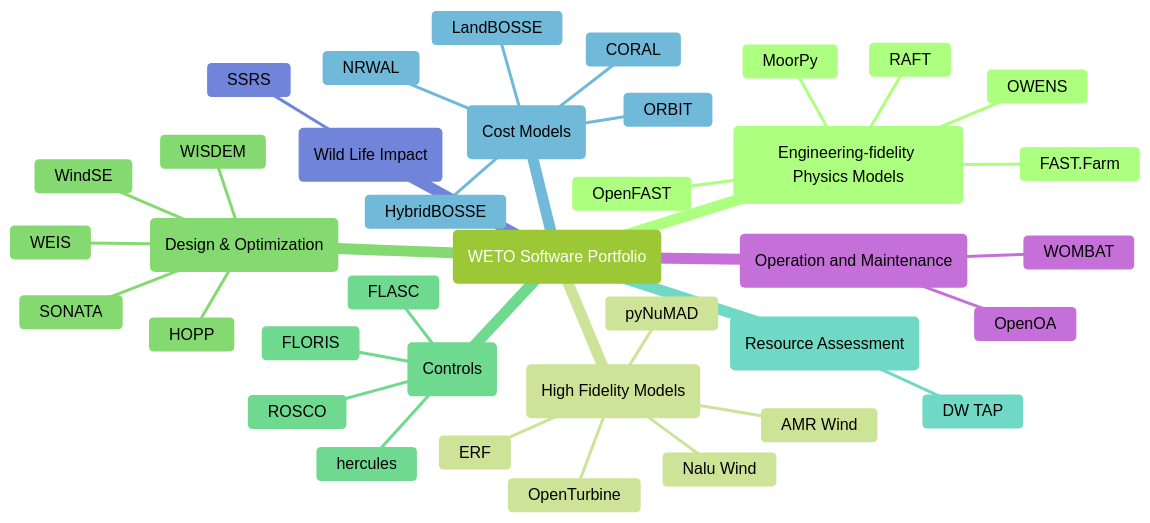
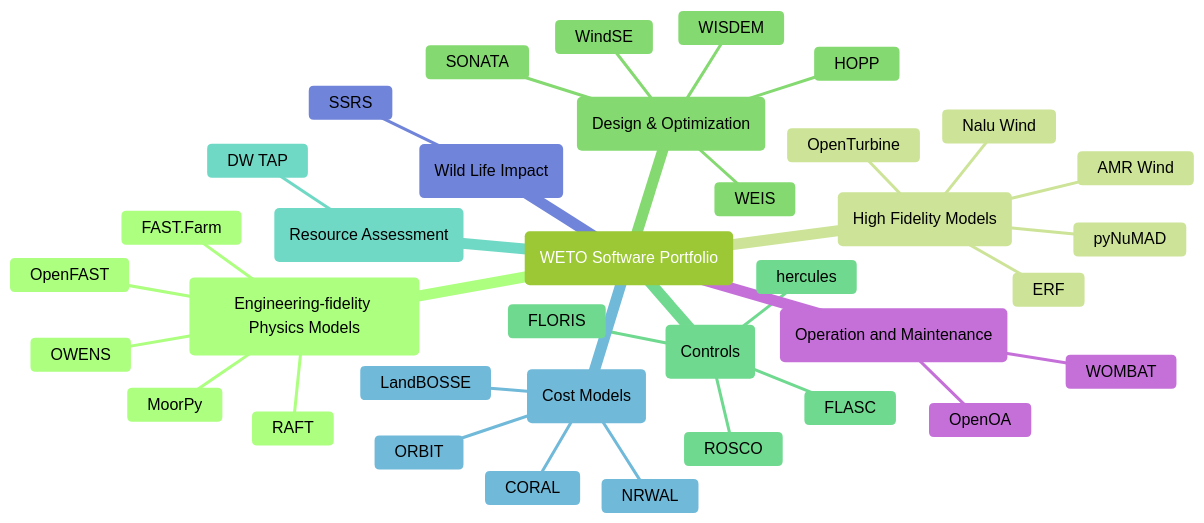
One commit to NREL/WETOStack changed the diagram in docs/portfolio_analysis/software_list.md. Above: the diagram before and after it, drawn with Mermaid. The commit also changed other lines of this file and 6 other files, not shown here.

Commit message:
Remove HybridBOSSE from active list

````diff
--- a/docs/portfolio_analysis/software_list.md
+++ b/docs/portfolio_analysis/software_list.md
@@ -5,49 +5,48 @@
 ```{mermaid}
 %%{init: { 'logLevel': 'debug', 'theme': 'forest' } }%%
 
 mindmap
     root("WETO Software Portfolio")
         ps(Engineering-fidelity Physics Models)
             OpenFAST
             FAST.Farm
             MoorPy
             RAFT
             OWENS
 
         hfm(High Fidelity Models)
             AMR Wind
             Nalu Wind
             OpenTurbine
             ERF
             pyNuMAD
 
         do(Design & Optimization)
             WEIS
             WISDEM
             WindSE
             HOPP
             SONATA
 
         ctrl(Controls)
             ROSCO
             FLORIS
             FLASC
             hercules
 
         ra(Resource Assessment)
             DW TAP
 
         cost(Cost Models)
             LandBOSSE
-            HybridBOSSE
             ORBIT
             CORAL
             NRWAL
 
         wild(Wild Life Impact)
             SSRS
 
         om(Operation and Maintenance)
             OpenOA
             WOMBAT
 ```
````
